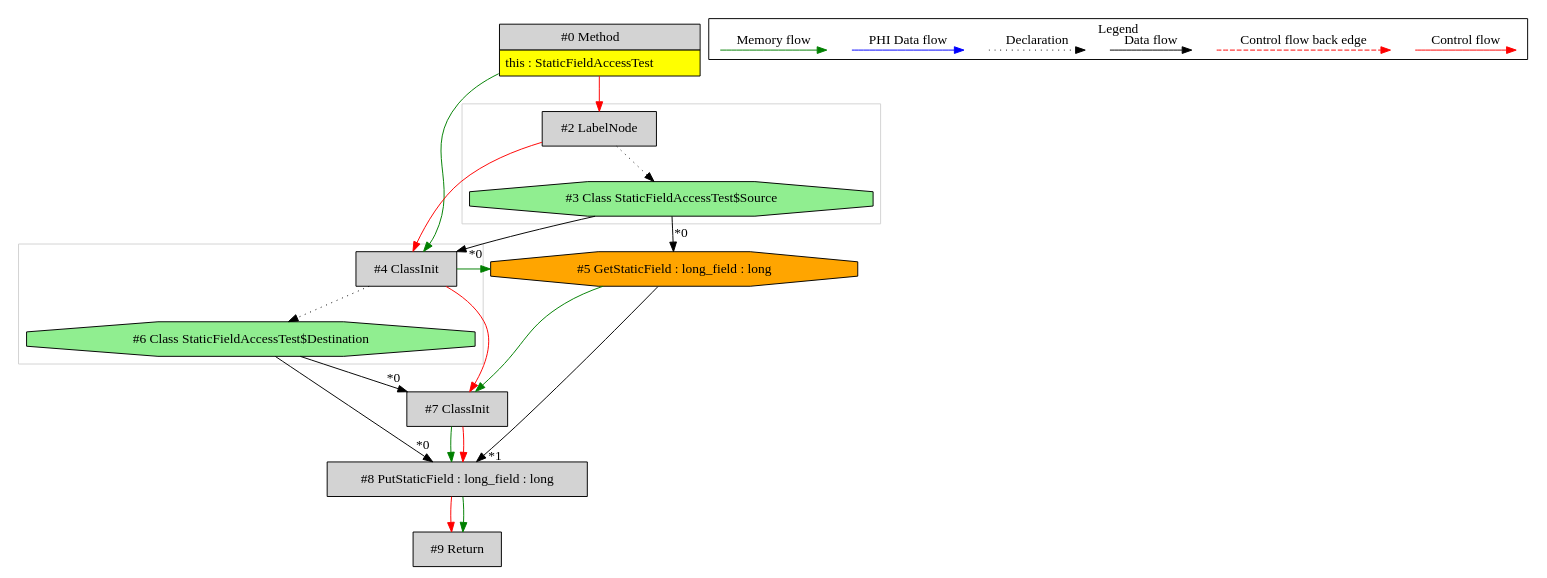
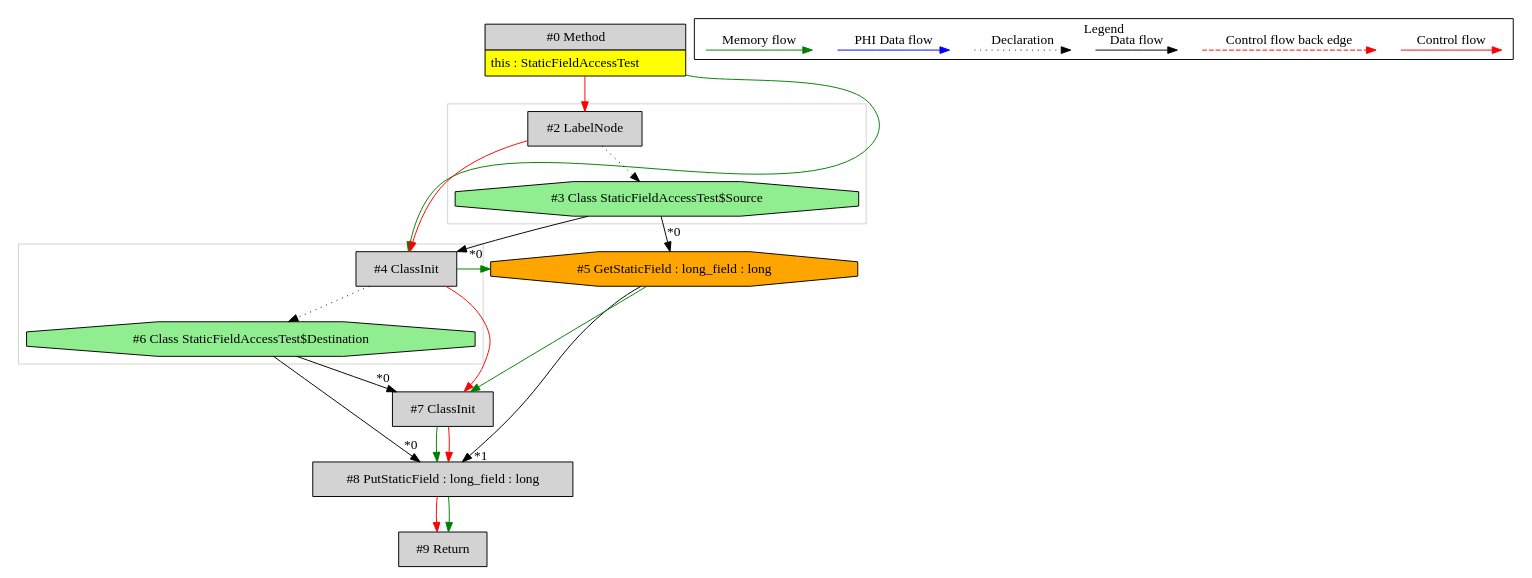
The diagram in de.mirkosertic.metair.ir.examples.StaticFieldAccessTest/copy_long/ir.dot (mirkosertic/MetaIR), drawn with Graphviz before and after one commit. The commit also changed other lines of this file and 1265 other files, not shown here.

```diff
--- a/de.mirkosertic.metair.ir.examples.StaticFieldAccessTest/copy_long/ir.dot
+++ b/de.mirkosertic.metair.ir.examples.StaticFieldAccessTest/copy_long/ir.dot
@@ -1,65 +1,65 @@
 digraph {
  ordering="in";
  node0[margin="0", label=<<table border="0" cellborder="1" cellspacing="0" cellpadding="5"><tr><td colspan="1">#0 Method</td></tr><tr><td port="prj1" bgcolor="yellow">this : StaticFieldAccessTest</td></tr></table>>,shape=none, fillcolor=lightgrey, style=filled];
+ node2[label="#2 LabelNode",shape=box, fillcolor=lightgrey, style=filled];
+ node0 -> node2[labeldistance=2, color=red, fontcolor=red];
+ node3[label="#3 Class StaticFieldAccessTest$Source",shape=octagon, fillcolor=lightgreen, style=filled];
+ node2 -> node3[style=dotted];
  node4[label="#4 ClassInit",shape=box, fillcolor=lightgrey, style=filled];
  node3 -> node4[headlabel="*0", labeldistance=2];
  node0 -> node4[labeldistance=2, color=green, constraint=false];
  node2 -> node4[labeldistance=2, color=red, fontcolor=red];
- node2[label="#2 LabelNode",shape=box, fillcolor=lightgrey, style=filled];
- node0 -> node2[labeldistance=2, color=red, fontcolor=red];
- node3[label="#3 Class StaticFieldAccessTest$Source",shape=octagon, fillcolor=lightgreen, style=filled];
- node2 -> node3[style=dotted];
- node5[label="#5 GetStaticField : long_field : long",shape=octagon, fillcolor=orange, style=filled];
- node3 -> node5[headlabel="*0", labeldistance=2];
- node4 -> node5[labeldistance=2, color=green, constraint=false];
- node7[label="#7 ClassInit",shape=box, fillcolor=lightgrey, style=filled];
- node6 -> node7[headlabel="*0", labeldistance=2];
- node5 -> node7[labeldistance=2, color=green, constraint=false];
- node4 -> node7[labeldistance=2, color=red, fontcolor=red];
  node6[label="#6 Class StaticFieldAccessTest$Destination",shape=octagon, fillcolor=lightgreen, style=filled];
  node4 -> node6[style=dotted];
  node8[label="#8 PutStaticField : long_field : long",shape=box, fillcolor=lightgrey, style=filled];
  node6 -> node8[headlabel="*0", labeldistance=2];
  node5 -> node8[headlabel="*1", labeldistance=2];
  node7 -> node8[labeldistance=2, color=green, constraint=false];
  node7 -> node8[labeldistance=2, color=red, fontcolor=red];
+ node7[label="#7 ClassInit",shape=box, fillcolor=lightgrey, style=filled];
+ node6 -> node7[headlabel="*0", labeldistance=2];
+ node5 -> node7[labeldistance=2, color=green, constraint=false];
+ node4 -> node7[labeldistance=2, color=red, fontcolor=red];
+ node5[label="#5 GetStaticField : long_field : long",shape=octagon, fillcolor=orange, style=filled];
+ node3 -> node5[headlabel="*0", labeldistance=2];
+ node4 -> node5[labeldistance=2, color=green, constraint=false];
  node9[label="#9 Return",shape=box, fillcolor=lightgrey, style=filled];
  node8 -> node9[labeldistance=2, color=red, fontcolor=red];
  node8 -> node9[labeldistance=2, color=green, constraint=false];
  subgraph cluster_0 {
   color=lightgray;
-  node2;
-  node3;
+  node4;
+  node6;
  }
  subgraph cluster_1 {
   color=lightgray;
-  node4;
-  node6;
+  node2;
+  node3;
  }
  subgraph cluster_000 {
   label = "Legend";
   node [shape=point]
   {
    rank=same;
    c0 [style = invis];
    c1 [style = invis];
    c2 [style = invis];
    c3 [style = invis];
    d0 [style = invis];
    d1 [style = invis];
    d2 [style = invis];
    d3 [style = invis];
    d4 [style = invis];
    d5 [style = invis];
    d6 [style = invis];
    d7 [style = invis];
   }
   c0 -> c1 [label="Control flow", style=solid, color=red]
   c2 -> c3 [label="Control flow back edge", style=dashed, color=red]
   d0 -> d1 [label="Data flow"]
   d2 -> d3 [label="Declaration", style=dotted]
   d4 -> d5 [label="PHI Data flow", color=blue]
   d6 -> d7 [label="Memory flow", color=green]
  }
 
 }
```
